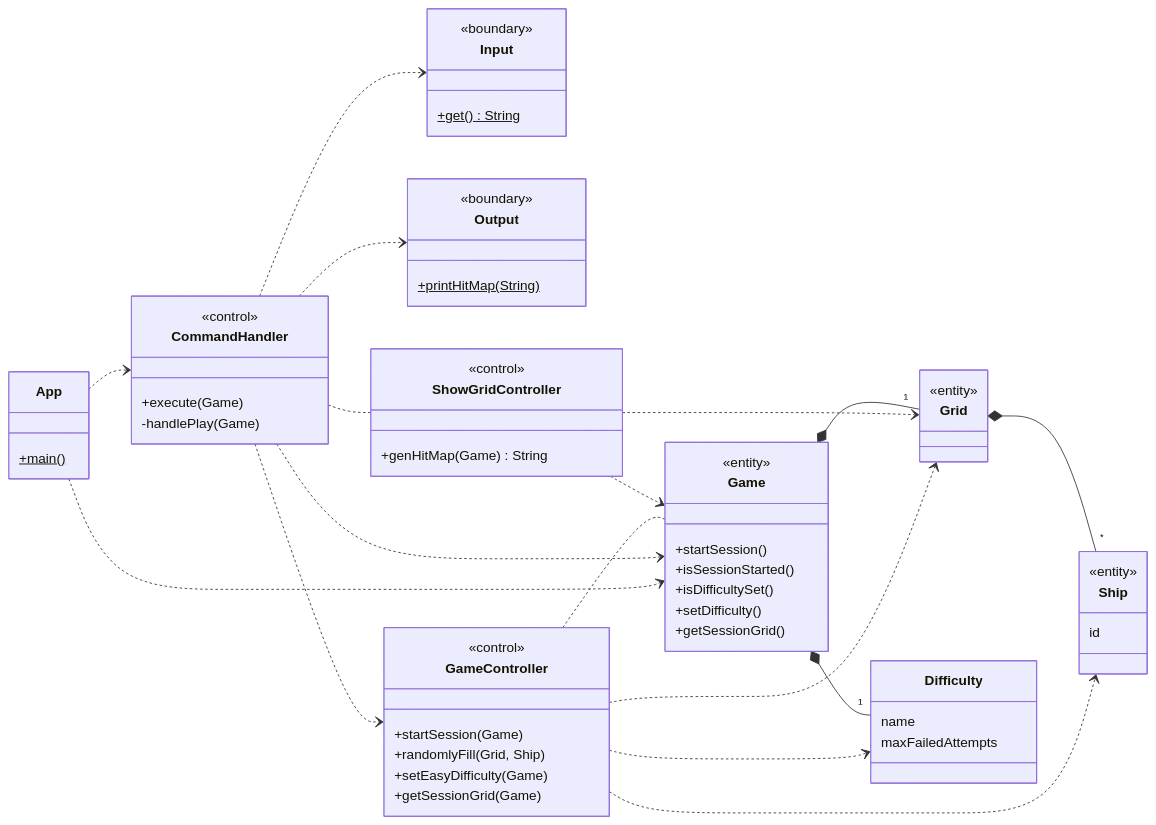
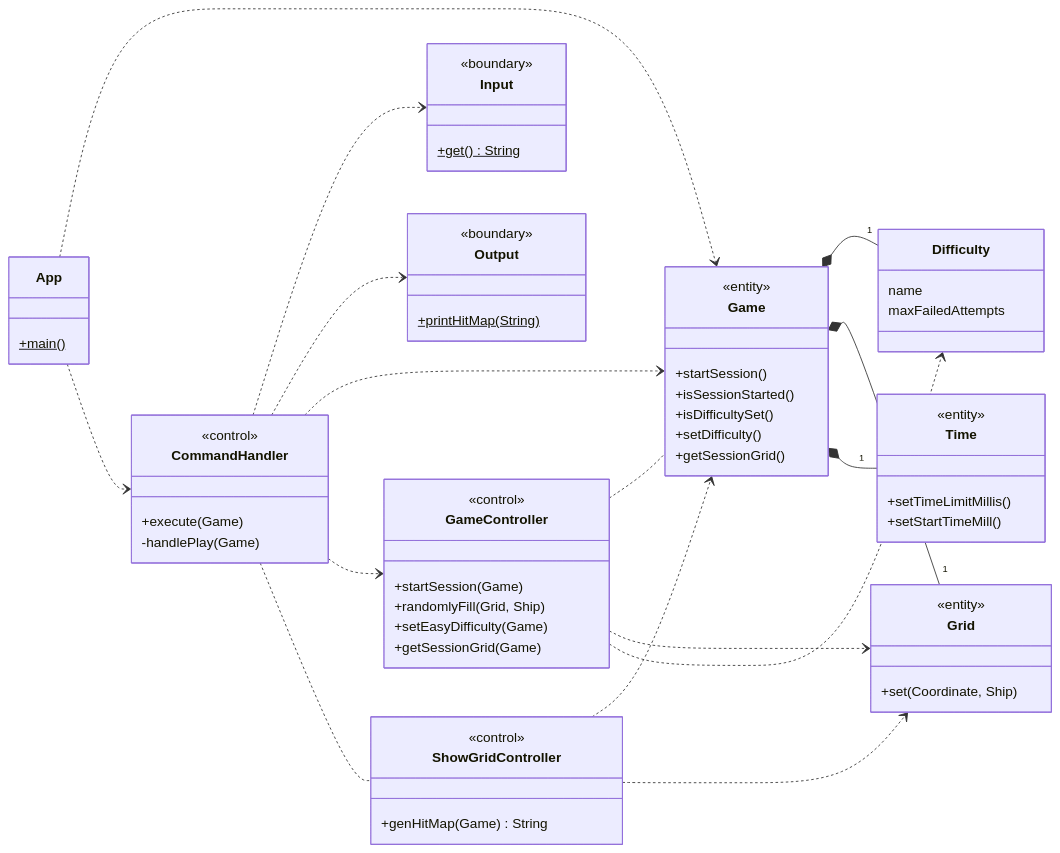
The third of 9 diagrams in docs/Report.md (softeng2223-inf-uniba/progetto2223-thacker), drawn with Mermaid before and after one commit. The commit also changed other lines of this file, not shown here.

Commit message:
Aggiornati diagrammi in 5.A.1 in Report

````diff
--- a/docs/Report.md
+++ b/docs/Report.md
@@ -247,82 +261,83 @@
 ```mermaid
 classDiagram
   direction LR
 
   class App {
     +main()$
   }
 
   App ..> Game
   App ..> CommandHandler
 
   class Input {
     +get()$ String
   }
   <<boundary>> Input
 
   class Output {
     +printHitMap(String)$
   }
   <<boundary>> Output
 
   class CommandHandler {
     +execute(Game)
     -handlePlay(Game)
   }
   <<control>> CommandHandler
 
   CommandHandler ..> Input
   CommandHandler ..> Output
   CommandHandler ..> Game
   CommandHandler ..> GameController
   CommandHandler .. ShowGridController
 
   class GameController {
     +startSession(Game)
     +randomlyFill(Grid, Ship)
     +setEasyDifficulty(Game)
     +getSessionGrid(Game)
   }
   <<control>> GameController
 
   GameController .. Game
   GameController ..> Grid
-  GameController ..> Ship
   GameController ..> Difficulty
 
   class ShowGridController {
     +genHitMap(Game) String
   }
   <<control>> ShowGridController
 
   ShowGridController ..> Game
   ShowGridController ..> Grid
 
   class Game {
     +startSession()
     +isSessionStarted()
     +isDifficultySet()
     +setDifficulty()
     +getSessionGrid()
   }
   <<entity>> Game
 
   Game *-- "1" Difficulty
   Game *-- "1" Grid
+  Game *-- "1" Time
 
-  class Grid
+  class Grid {
+    +set(Coordinate, Ship)
+  }
   <<entity>> Grid
-
-  Grid *-- "*" Ship
 
   class Difficulty {
     name
     maxFailedAttempts
   }
 
-  class Ship {
-    id
+  class Time {
+    +setTimeLimitMillis()
+    +setStartTimeMill()
   }
-  <<entity>> Ship
+  <<entity>> Time
 
 ```
````
